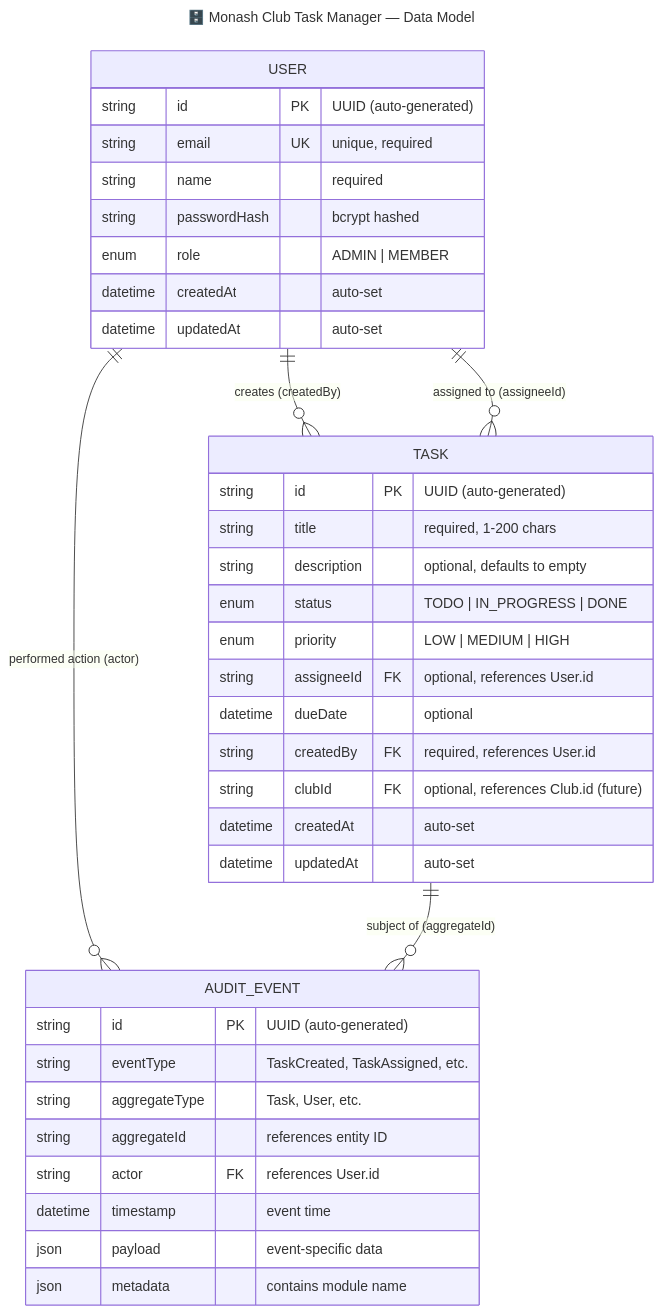
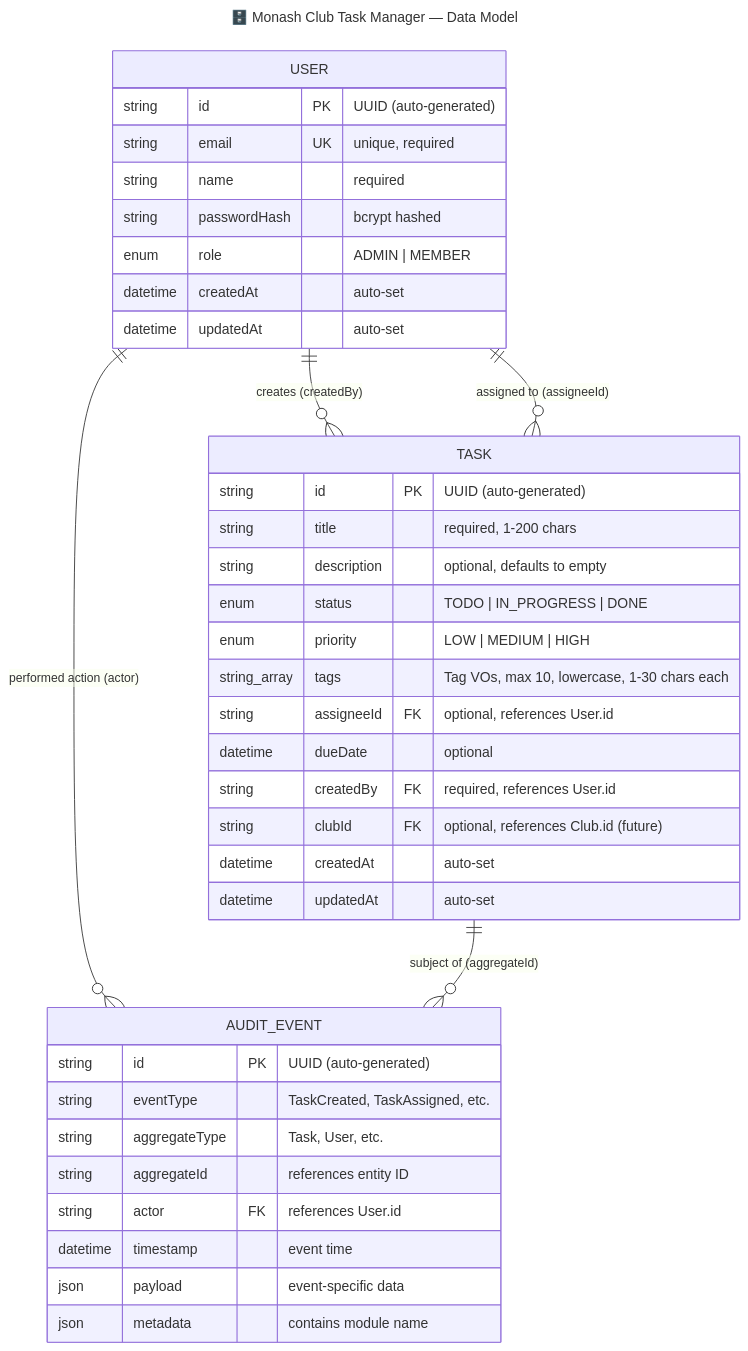
One commit to fit3162-cs-07/cs-07 changed the diagram in docs/diagrams/database.md. Above: the diagram before and after it, drawn with Mermaid. The commit also changed other lines of this file and 22 other files, not shown here.

````diff
--- a/docs/diagrams/database.md
+++ b/docs/diagrams/database.md
@@ -9,65 +9,66 @@
 ```mermaid
 ---
 title: 🗄️ Monash Club Task Manager — Data Model
 ---
 erDiagram
     USER {
         string id PK "UUID (auto-generated)"
         string email UK "unique, required"
         string name "required"
         string passwordHash "bcrypt hashed"
         enum role "ADMIN | MEMBER"
         datetime createdAt "auto-set"
         datetime updatedAt "auto-set"
     }
 
     TASK {
         string id PK "UUID (auto-generated)"
         string title "required, 1-200 chars"
         string description "optional, defaults to empty"
         enum status "TODO | IN_PROGRESS | DONE"
         enum priority "LOW | MEDIUM | HIGH"
+        string_array tags "Tag VOs, max 10, lowercase, 1-30 chars each"
         string assigneeId FK "optional, references User.id"
         datetime dueDate "optional"
         string createdBy FK "required, references User.id"
         string clubId FK "optional, references Club.id (future)"
         datetime createdAt "auto-set"
         datetime updatedAt "auto-set"
     }
 
     AUDIT_EVENT {
         string id PK "UUID (auto-generated)"
         string eventType "TaskCreated, TaskAssigned, etc."
         string aggregateType "Task, User, etc."
         string aggregateId "references entity ID"
         string actor FK "references User.id"
         datetime timestamp "event time"
         json payload "event-specific data"
         json metadata "contains module name"
     }
 
     %% TODO: Add CLUB entity when Club module is built
     %% CLUB {
     %%     string id PK "UUID"
     %%     string name "required"
     %%     string description "optional"
     %%     string createdBy FK "references User.id"
     %%     datetime createdAt
     %%     datetime updatedAt
     %% }
 
     %% TODO: Add NOTIFICATION entity when Notification module is built
     %% NOTIFICATION {
     %%     string id PK "UUID"
     %%     string userId FK "references User.id"
     %%     string type "REMINDER | ASSIGNMENT | STATUS_CHANGE"
     %%     string message
     %%     boolean read "default false"
     %%     datetime createdAt
     %% }
 
     USER ||--o{ TASK : "creates (createdBy)"
     USER ||--o{ TASK : "assigned to (assigneeId)"
     USER ||--o{ AUDIT_EVENT : "performed action (actor)"
     TASK ||--o{ AUDIT_EVENT : "subject of (aggregateId)"
 ```
````
